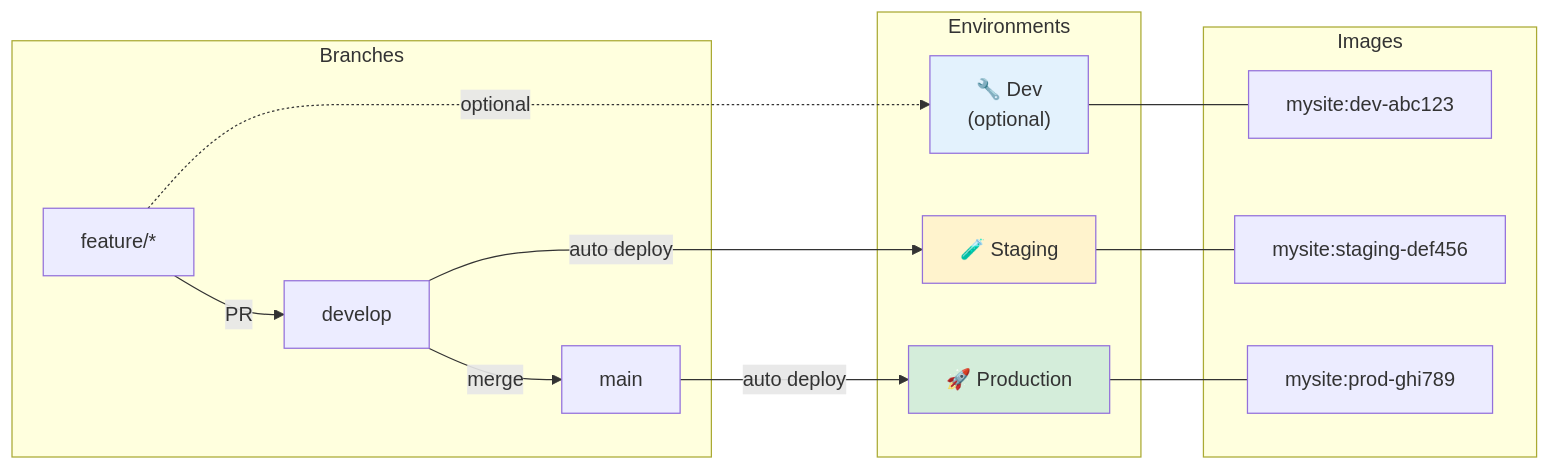
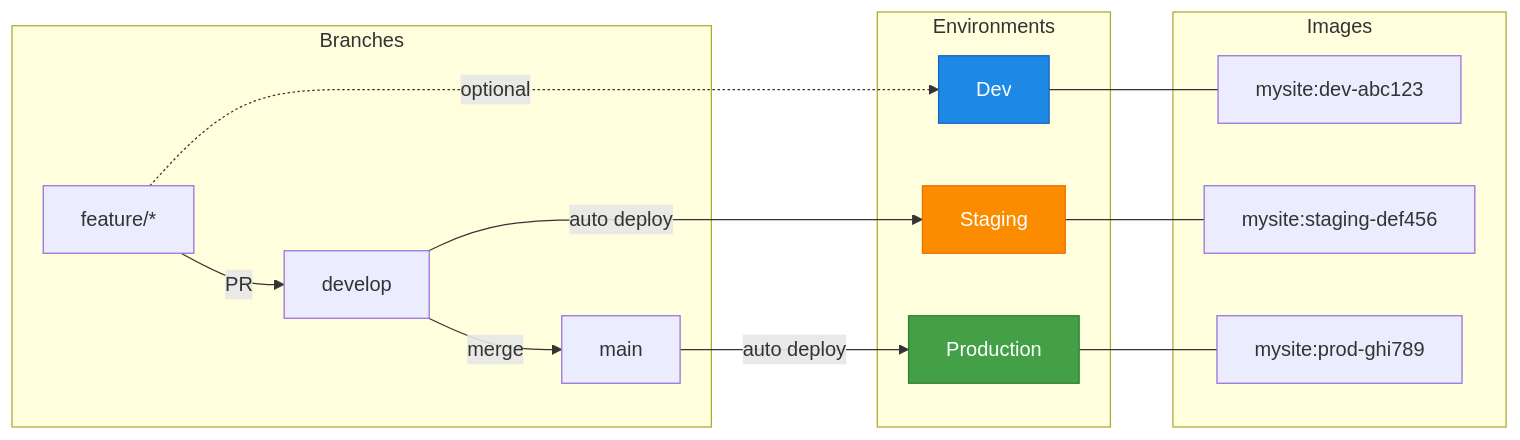
One commit to slauger/hugo-gitops-pipeline changed the second of 2 diagrams in docs/architecture.md. Above: the diagram before and after it, drawn with Mermaid. The commit also changed 1 other file, not shown here.

Commit message:
docs: improve diagram colors for better readability

````diff
--- a/docs/architecture.md
+++ b/docs/architecture.md
@@ -74,35 +74,39 @@
 ```mermaid
 flowchart LR
     subgraph Branches
         feature["feature/*"]
         develop["develop"]
         main["main"]
     end
 
     subgraph Environments
-        dev["🔧 Dev<br/>(optional)"]
-        staging["🧪 Staging"]
-        prod["🚀 Production"]
+        dev["Dev"]
+        staging["Staging"]
+        prod["Production"]
     end
 
     subgraph Images
         devImg["mysite:dev-abc123"]
         stagingImg["mysite:staging-def456"]
         prodImg["mysite:prod-ghi789"]
     end
 
     feature -->|"PR"| develop
     develop -->|"merge"| main
 
     feature -.->|"optional"| dev
     develop -->|"auto deploy"| staging
     main -->|"auto deploy"| prod
 
     dev --- devImg
     staging --- stagingImg
     prod --- prodImg
 
-    style dev fill:#e3f2fd
-    style staging fill:#fff3cd
-    style prod fill:#d4edda
+    classDef devStyle fill:#1e88e5,stroke:#1565c0,color:#fff
+    classDef stagingStyle fill:#fb8c00,stroke:#ef6c00,color:#fff
+    classDef prodStyle fill:#43a047,stroke:#2e7d32,color:#fff
+
+    class dev devStyle
+    class staging stagingStyle
+    class prod prodStyle
 ```
````
